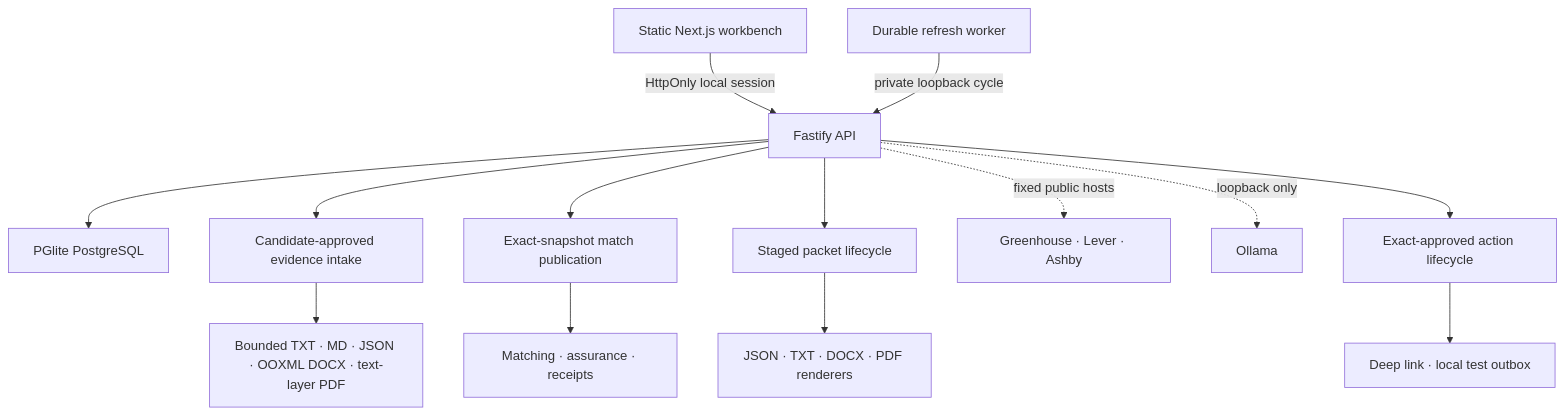
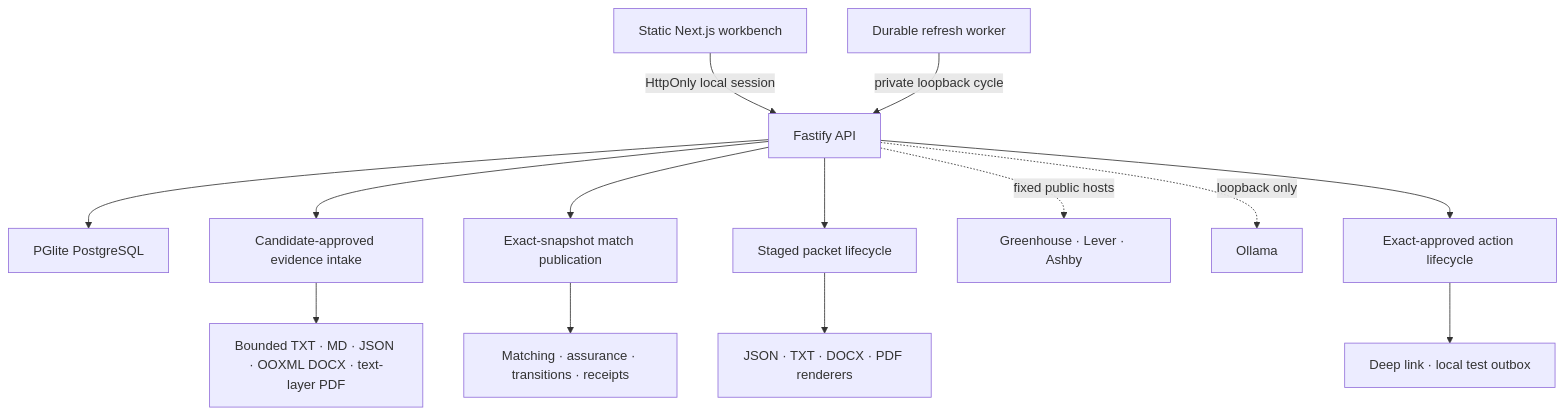
One commit to udhawan97/Nimanto changed the first of 2 diagrams in docs/architecture/system.md. Above: the diagram before and after it, drawn with Mermaid. The commit also changed other lines of this file and 60 other files, not shown here.

Commit message:
feat: ship clear intent architecture for v0.5.0

````diff
--- a/docs/architecture/system.md
+++ b/docs/architecture/system.md
@@ -15,16 +16,16 @@
 ```mermaid
 flowchart TB
   Browser["Static Next.js workbench"] -->|"HttpOnly local session"| API["Fastify API"]
   API --> Store["PGlite PostgreSQL"]
   API --> Intake["Candidate-approved evidence intake"]
   Intake --> Parsers["Bounded TXT · MD · JSON · OOXML DOCX · text-layer PDF"]
   API --> Publication["Exact-snapshot match publication"]
-  Publication --> Domain["Matching · assurance · receipts"]
+  Publication --> Domain["Matching · assurance · transitions · receipts"]
   API --> Packet["Staged packet lifecycle"]
   Packet --> Documents["JSON · TXT · DOCX · PDF renderers"]
   Worker["Durable refresh worker"] -->|"private loopback cycle"| API
   API -. "fixed public hosts" .-> ATS["Greenhouse · Lever · Ashby"]
   API -. "loopback only" .-> Model["Ollama"]
   API --> Gate["Exact-approved action lifecycle"]
   Gate --> Outbox["Deep link · local test outbox"]
 ```
````
